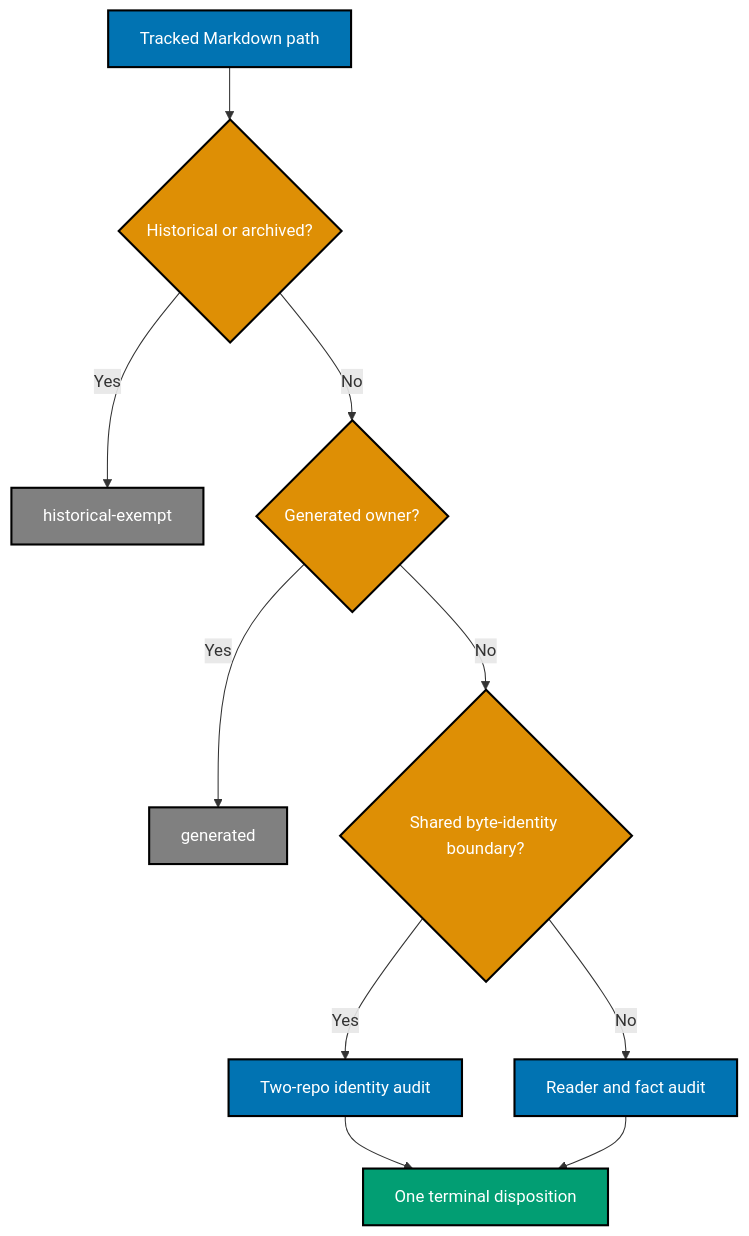
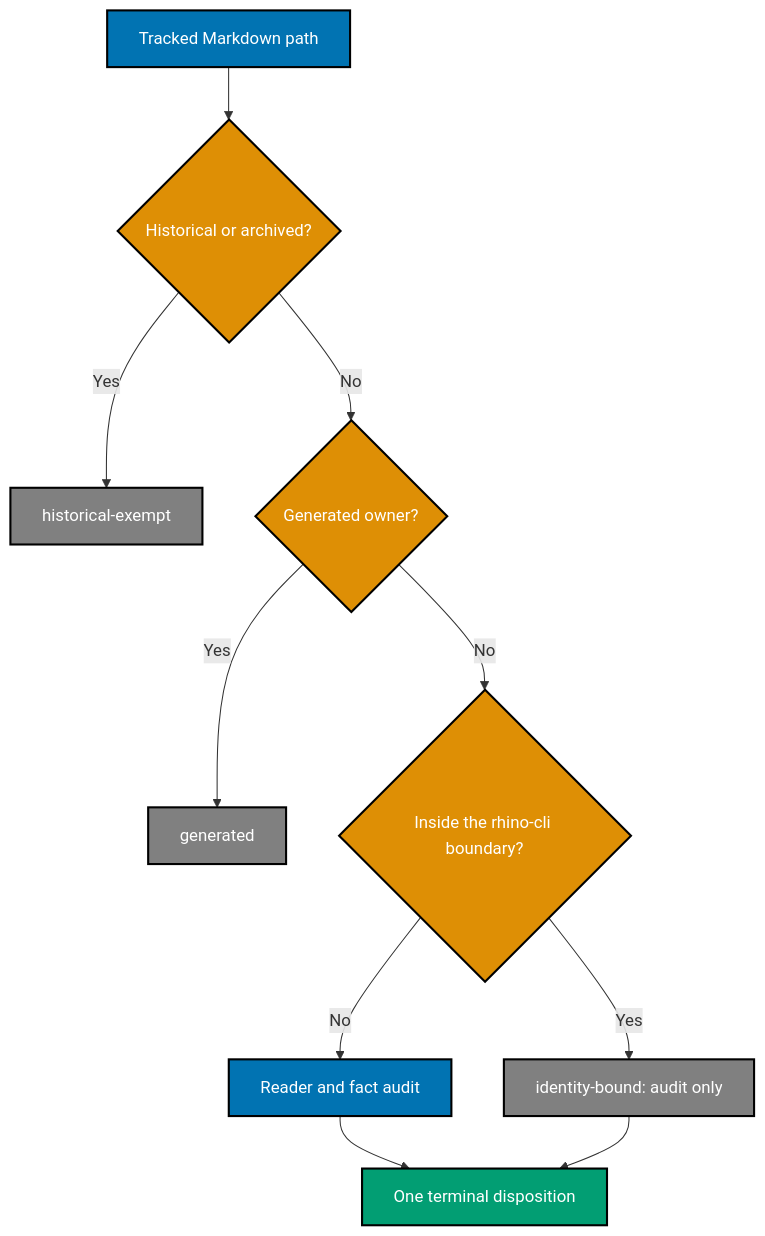
One commit to wahidyankf/open-sharia-fintech changed the second of 2 diagrams in plans/in-progress/repository-onboarding-readme-refresh/tech-docs.md. Above: the diagram before and after it, drawn with Mermaid. The commit also changed other lines of this file and 12 other files, not shown here.

````diff
--- a/plans/in-progress/repository-onboarding-readme-refresh/tech-docs.md
+++ b/plans/in-progress/repository-onboarding-readme-refresh/tech-docs.md
@@ -98,18 +87,19 @@
 ```mermaid
 %% Color palette: Blue #0173B2, Orange #DE8F05, Teal #029E73, Gray #808080
+%% TD required: the classification chain is 6 nodes deep, and LR measures depth against MaxWidth=4
 flowchart TD
   A["Tracked Markdown path"]:::blue --> H{"Historical or archived?"}:::orange
   H -->|Yes| HX["historical-exempt"]:::gray
   H -->|No| G{"Generated owner?"}:::orange
   G -->|Yes| GX["generated"]:::gray
-  G -->|No| B{"Shared byte-identity boundary?"}:::orange
-  B -->|Yes| S["Two-repo identity audit"]:::blue
+  G -->|No| B{"Inside the rhino-cli boundary?"}:::orange
+  B -->|Yes| S["identity-bound: audit only"]:::gray
   B -->|No| R["Reader and fact audit"]:::blue
-  S --> O["One terminal disposition"]:::teal
-  R --> O
+  R --> O["One terminal disposition"]:::teal
+  S --> O
 
   classDef blue fill:#0173B2,stroke:#000000,color:#FFFFFF,stroke-width:2px
   classDef orange fill:#DE8F05,stroke:#000000,color:#FFFFFF,stroke-width:2px
   classDef teal fill:#029E73,stroke:#000000,color:#FFFFFF,stroke-width:2px
   classDef gray fill:#808080,stroke:#000000,color:#FFFFFF,stroke-width:2px
 ```
````
